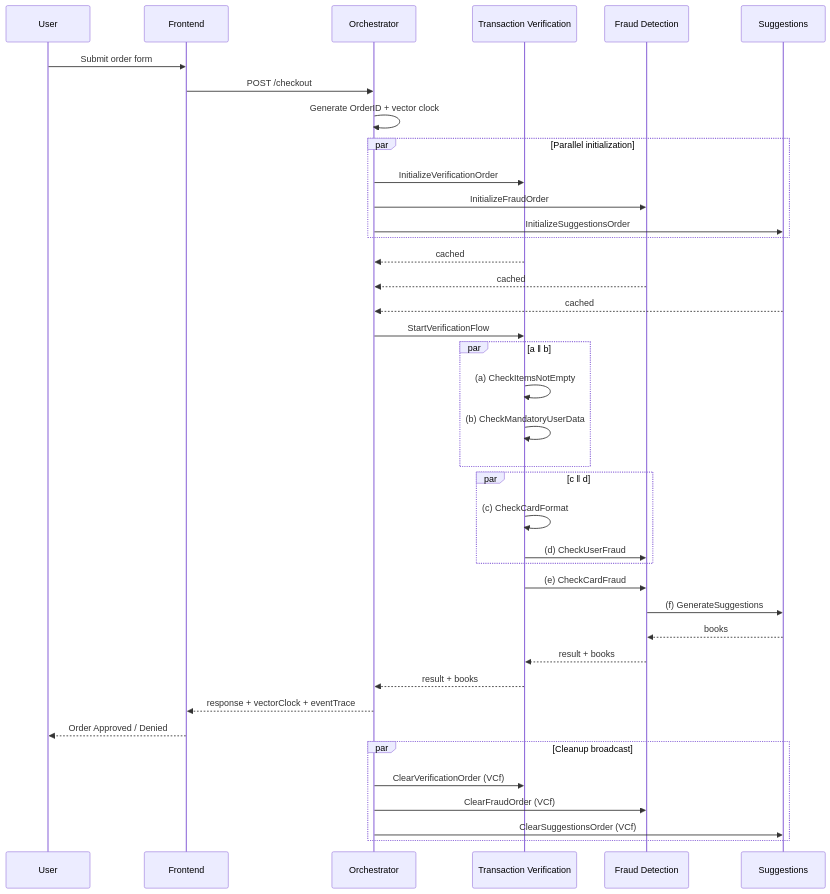
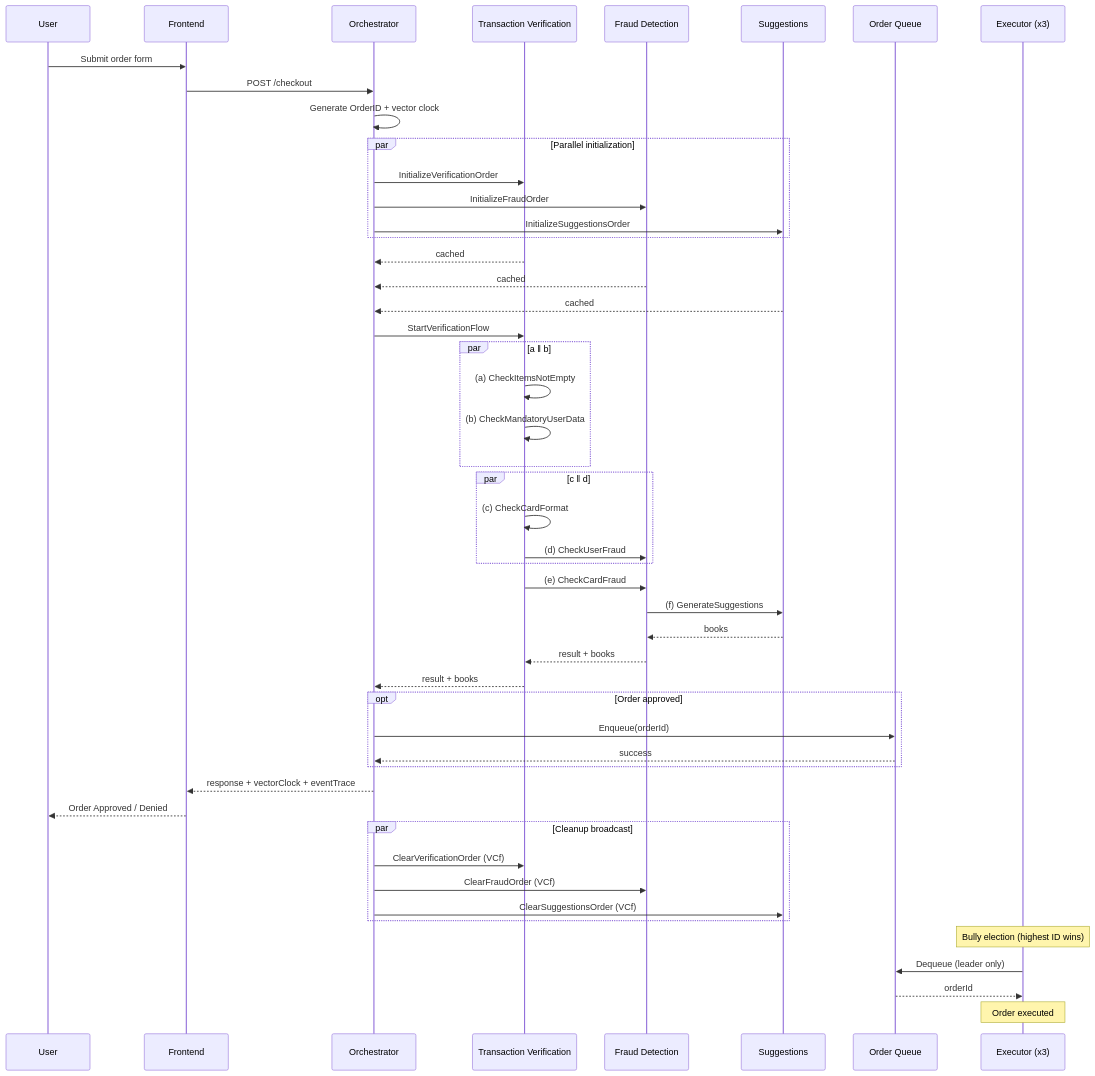
Before and after one commit to renanmorais27/ds-practice-2025: the second of 2 diagrams in README.md, drawn with Mermaid. The commit also changed other lines of this file, not shown here.

Commit message:
docs: update README with OrderQueue and Executor services
Add architecture diagram nodes, services table rows, Stage 3 checkout
flow, sequence diagram extensions, and project structure entries for
the two new microservices.

````diff
--- a/README.md
+++ b/README.md
@@ -55,48 +61,61 @@
 ```mermaid
 sequenceDiagram
     participant U as User
     participant F as Frontend
     participant O as Orchestrator
     participant TV as Transaction Verification
     participant FD as Fraud Detection
     participant S as Suggestions
+    participant OQ as Order Queue
+    participant EX as Executor (x3)
 
     U->>F: Submit order form
     F->>O: POST /checkout
     O->>O: Generate OrderID + vector clock
 
     par Parallel initialization
         O->>TV: InitializeVerificationOrder
         O->>FD: InitializeFraudOrder
         O->>S: InitializeSuggestionsOrder
     end
     TV-->>O: cached
     FD-->>O: cached
     S-->>O: cached
 
     O->>TV: StartVerificationFlow
 
     par a ‖ b
         TV->>TV: (a) CheckItemsNotEmpty
         TV->>TV: (b) CheckMandatoryUserData
     end
 
     par c ‖ d
         TV->>TV: (c) CheckCardFormat
         TV->>FD: (d) CheckUserFraud
     end
 
     TV->>FD: (e) CheckCardFraud
     FD->>S: (f) GenerateSuggestions
     S-->>FD: books
     FD-->>TV: result + books
     TV-->>O: result + books
+
+    opt Order approved
+        O->>OQ: Enqueue(orderId)
+        OQ-->>O: success
+    end
+
     O-->>F: response + vectorClock + eventTrace
     F-->>U: Order Approved / Denied
 
     par Cleanup broadcast
         O->>TV: ClearVerificationOrder (VCf)
         O->>FD: ClearFraudOrder (VCf)
         O->>S: ClearSuggestionsOrder (VCf)
     end
+
+    Note over EX: Bully election (highest ID wins)
+    EX->>OQ: Dequeue (leader only)
+    OQ-->>EX: orderId
+    Note over EX: Order executed
 ```
````
